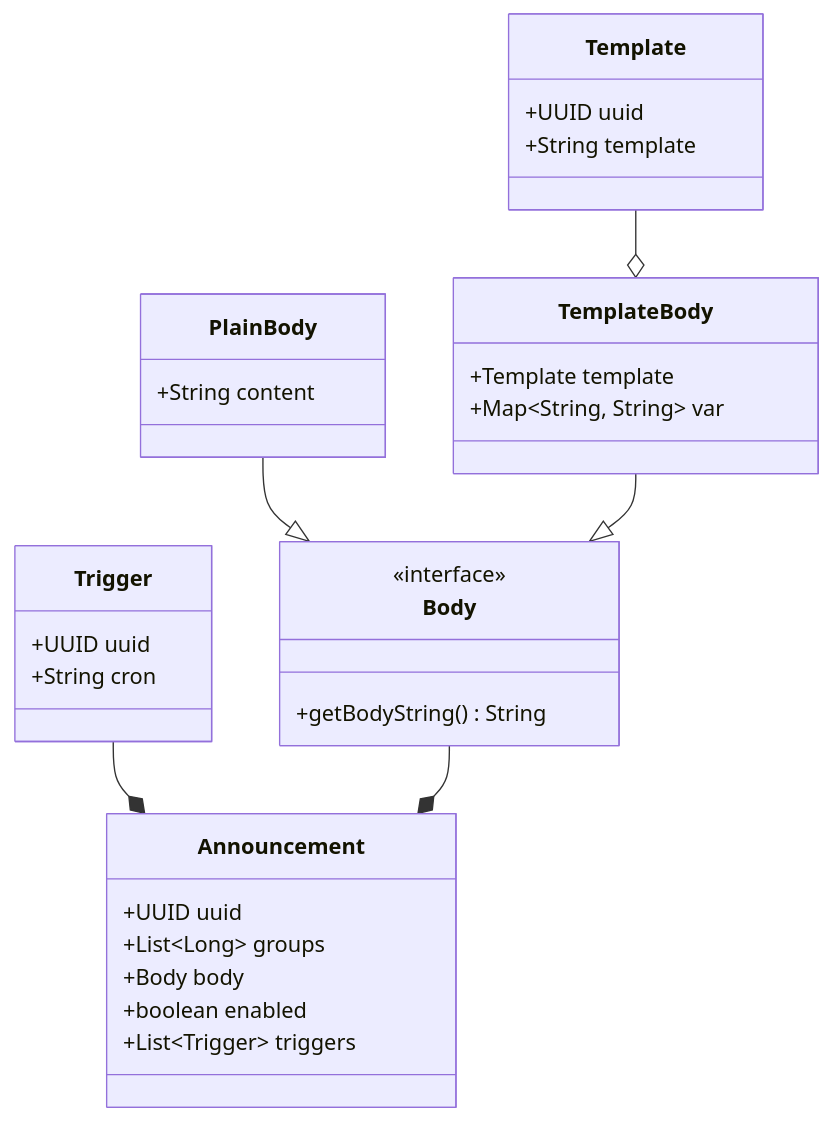
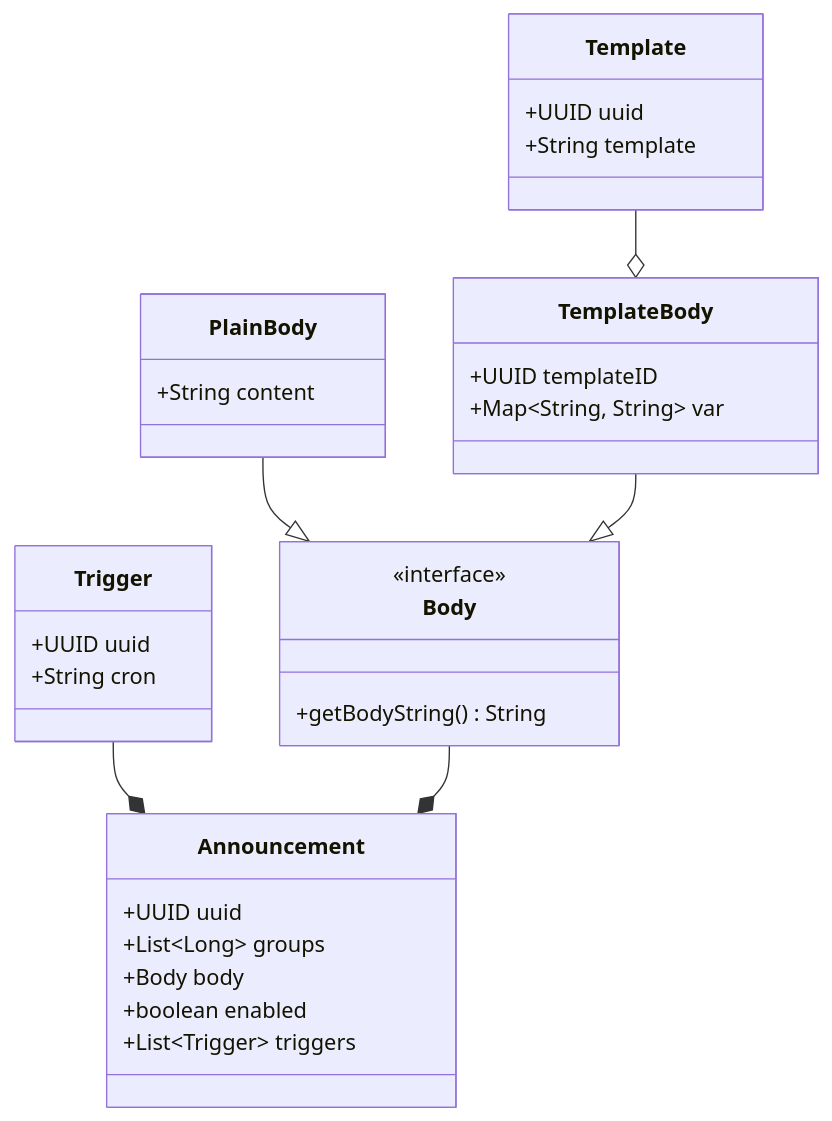
One commit to nanoyou/MaidNana changed the first of 3 diagrams in docs/class-diagram.md. Above: the diagram before and after it, drawn with Mermaid.

Commit message:
docs: 修改 TemplateBody 中的 template 为 ID

````diff
--- a/docs/class-diagram.md
+++ b/docs/class-diagram.md
@@ -3,34 +3,34 @@
 ```mermaid
 classDiagram
 class Body {
     <<interface>>    
     +getBodyString() String
 }
 class PlainBody {
     +String content
 }
 PlainBody --|> Body
 class Template {
     +UUID uuid
     +String template
 }
 class TemplateBody {
-    +Template template
+    +UUID templateID
     +Map~String, String~ var
 }
 Template --o TemplateBody
 TemplateBody --|> Body
 class Trigger {
     +UUID uuid
     +String cron
 }
 class Announcement {
     +UUID uuid
     +List~Long~ groups
     +Body body
     +boolean enabled
     +List~Trigger~ triggers
 }
 Trigger --* Announcement
 Body --* Announcement
 ```
````
